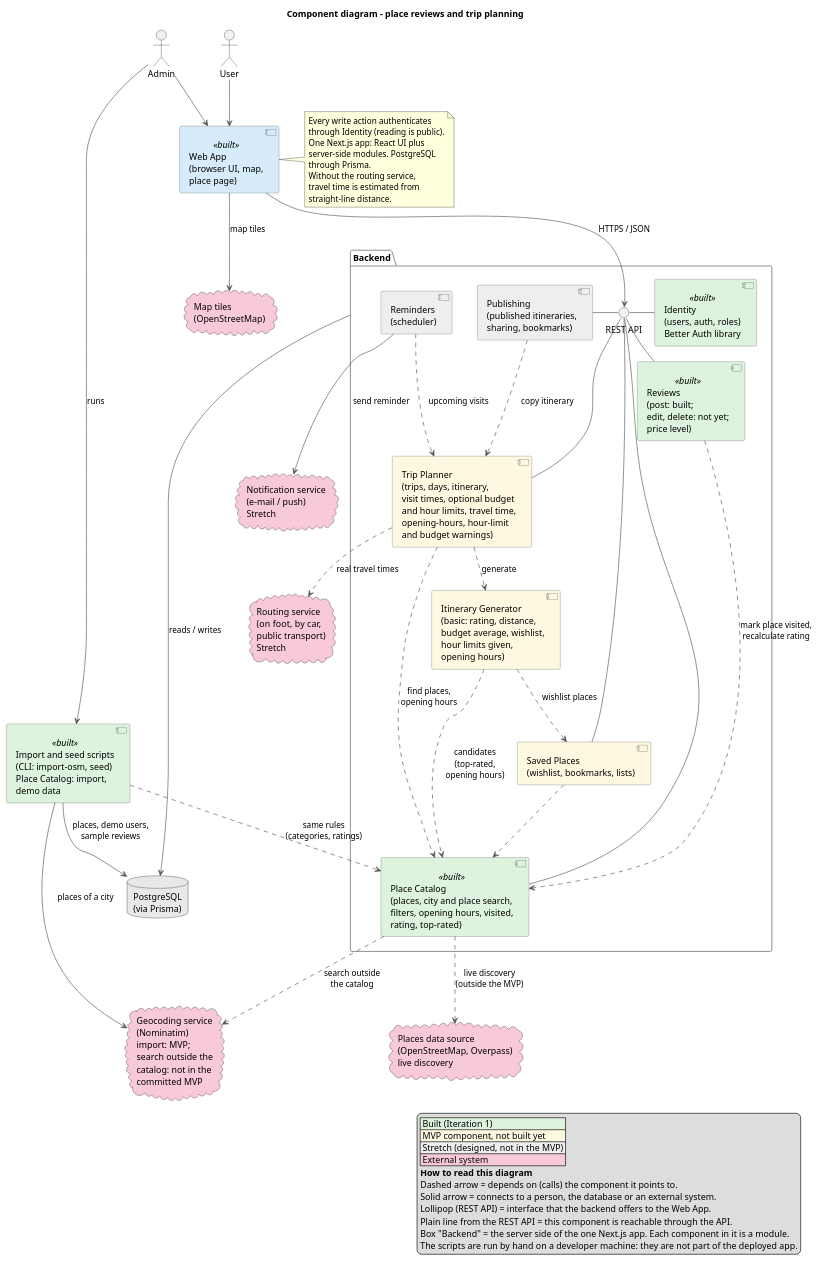
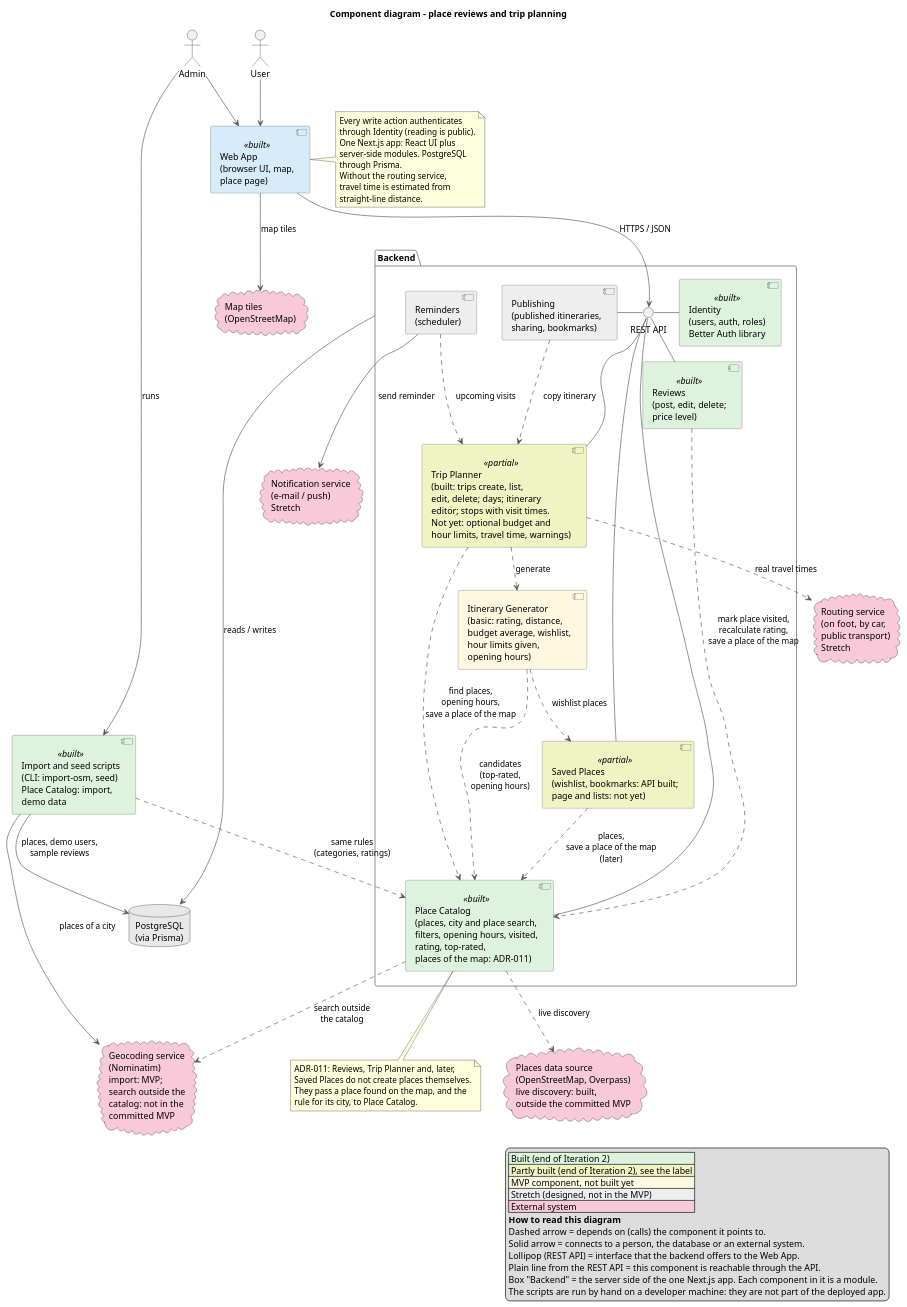
One commit to MESW-LES-2627/les-project-group-7 changed the diagram in docs/design/component-diagram.puml. Above: the diagram before and after it, drawn with PlantUML. The commit also changed 8 other files, not shown here.

First line of the commit message:
Design (DOO, end of Iteration 2): domain model and component diagram updated, scenario 2 and ADR-011

```diff
--- a/docs/design/component-diagram.puml
+++ b/docs/design/component-diagram.puml
@@ -1,101 +1,110 @@
 @startuml component-diagram
 title Component diagram – place reviews and trip planning
 skinparam shadowing false
 skinparam componentStyle uml2
 skinparam nodesep 40
 skinparam ranksep 50
 skinparam ArrowColor #555555
 skinparam component {
   BackgroundColor #FFF8E1
   BorderColor #666666
   BackgroundColor<<built>> #DDF3DD
+  BackgroundColor<<partial>> #F0F4C3
 }
 skinparam package {
   BorderColor #888888
 }
 
 legend right
-  |<#DDF3DD> Built (Iteration 1) |
+  |<#DDF3DD> Built (end of Iteration 2) |
+  |<#F0F4C3> Partly built (end of Iteration 2), see the label |
   |<#FFF8E1> MVP component, not built yet |
   |<#EEEEEE> Stretch (designed, not in the MVP) |
   |<#F8C9D8> External system |
   **How to read this diagram**
   Dashed arrow = depends on (calls) the component it points to.
   Solid arrow = connects to a person, the database or an external system.
   Lollipop (REST API) = interface that the backend offers to the Web App.
   Plain line from the REST API = this component is reachable through the API.
   Box "Backend" = the server side of the one Next.js app. Each component in it is a module.
   The scripts are run by hand on a developer machine: they are not part of the deployed app.
 endlegend
 
 actor "User" as user
 actor "Admin" as admin
 
 component "Web App\n(browser UI, map,\nplace page)" as web <<built>> #D6ECFA
 
 package "Backend" as backend {
   interface "REST API" as api
 
   component "Identity\n(users, auth, roles)\nBetter Auth library" as identity <<built>>
-  component "Place Catalog\n(places, city and place search,\nfilters, opening hours, visited,\nrating, top-rated)" as catalog <<built>>
-  component "Reviews\n(post: built;\nedit, delete: not yet;\nprice level)" as reviews <<built>>
-  component "Saved Places\n(wishlist, bookmarks, lists)" as saved
-  component "Trip Planner\n(trips, days, itinerary,\nvisit times, optional budget\nand hour limits, travel time,\nopening-hours, hour-limit\nand budget warnings)" as planner
+  component "Place Catalog\n(places, city and place search,\nfilters, opening hours, visited,\nrating, top-rated,\nplaces of the map: ADR-011)" as catalog <<built>>
+  component "Reviews\n(post, edit, delete;\nprice level)" as reviews <<built>>
+  component "Saved Places\n(wishlist, bookmarks: API built;\npage and lists: not yet)" as saved <<partial>>
+  component "Trip Planner\n(built: trips create, list,\nedit, delete; days; itinerary\neditor; stops with visit times.\nNot yet: optional budget and\nhour limits, travel time, warnings)" as planner <<partial>>
   component "Itinerary Generator\n(basic: rating, distance,\nbudget average, wishlist,\nhour limits given,\nopening hours)" as generator
   component "Publishing\n(published itineraries,\nsharing, bookmarks)" as publishing #EEEEEE
   component "Reminders\n(scheduler)" as reminders #EEEEEE
 }
 
 component "Import and seed scripts\n(CLI: import-osm, seed)\nPlace Catalog: import,\ndemo data" as scripts <<built>>
 
 database "PostgreSQL\n(via Prisma)" as db #E8E8E8
 
-cloud "Places data source\n(OpenStreetMap, Overpass)\nlive discovery" as places #F8C9D8
+cloud "Places data source\n(OpenStreetMap, Overpass)\nlive discovery: built,\noutside the committed MVP" as places #F8C9D8
 cloud "Map tiles\n(OpenStreetMap)" as tiles #F8C9D8
 cloud "Routing service\n(on foot, by car,\npublic transport)\nStretch" as routing #F8C9D8
 cloud "Geocoding service\n(Nominatim)\nimport: MVP;\nsearch outside the\ncatalog: not in the\ncommitted MVP" as geocoding #F8C9D8
 cloud "Notification service\n(e-mail / push)\nStretch" as notif #F8C9D8
 
 user --> web
 admin --> web
 admin --> scripts : runs
 web --> api : HTTPS / JSON
 web --> tiles : map tiles
 api - identity
 api - catalog
 api - reviews
 api - saved
 api - planner
 api - publishing
 
-reviews ..> catalog : mark place visited,\nrecalculate rating
-saved ..> catalog
-planner ..> catalog : find places,\nopening hours
+reviews ..> catalog : mark place visited,\nrecalculate rating,\nsave a place of the map
+saved ..> catalog : places,\nsave a place of the map\n(later)
+planner ..> catalog : find places,\nopening hours,\nsave a place of the map
 planner ..> generator : generate
 generator ..> catalog : candidates\n(top-rated,\nopening hours)
 generator ..> saved : wishlist places
 publishing ..> planner : copy itinerary
 reminders ..> planner : upcoming visits
 
 scripts --> geocoding : places of a city
 scripts --> db : places, demo users,\nsample reviews
 scripts ..> catalog : same rules\n(categories, ratings)
-catalog ..> places : live discovery\n(outside the MVP)
+catalog ..> places : live discovery
 catalog ..> geocoding : search outside\nthe catalog
 planner ..> routing : real travel times
 reminders --> notif : send reminder
 
 
 backend --> db : reads / writes
+
+note bottom of catalog
+  ADR-011: Reviews, Trip Planner and, later,
+  Saved Places do not create places themselves.
+  They pass a place found on the map, and the
+  rule for its city, to Place Catalog.
+end note
 
 note right of web
   Every write action authenticates
   through Identity (reading is public).
   One Next.js app: React UI plus
   server-side modules. PostgreSQL
   through Prisma.
   Without the routing service,
   travel time is estimated from
   straight-line distance.
 end note
 @enduml
```
